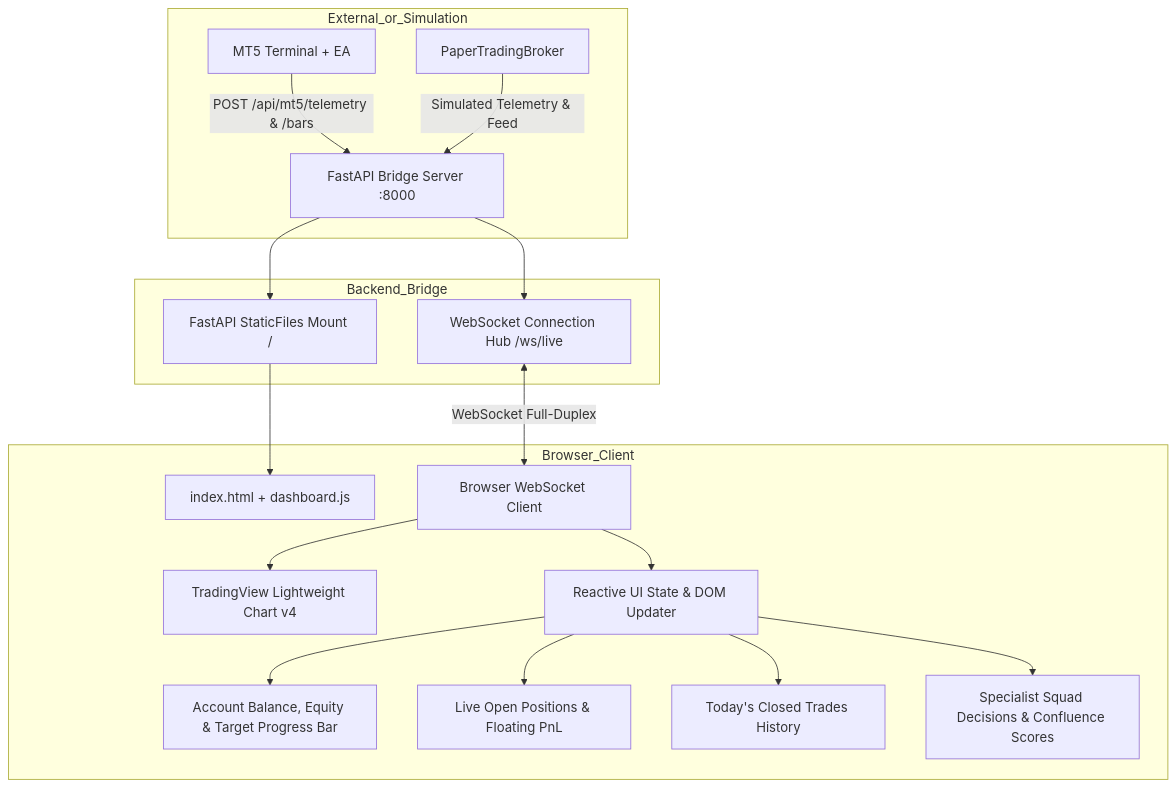
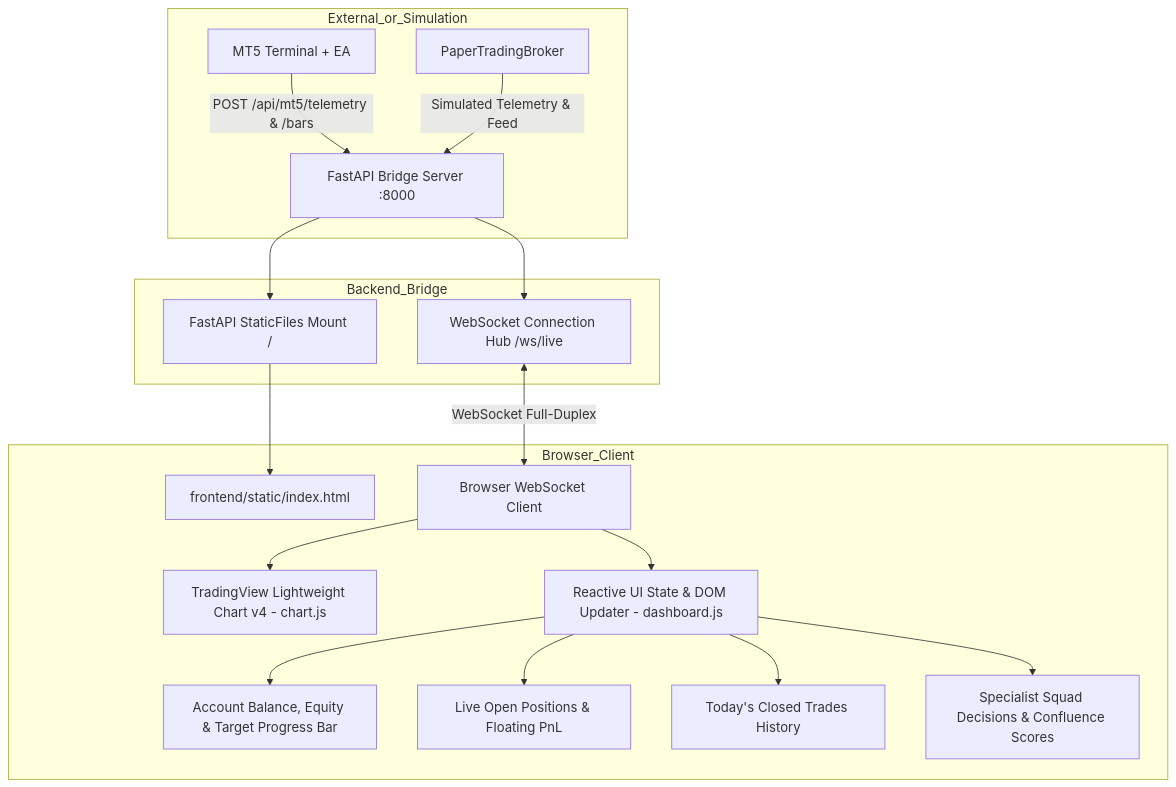
Before and after one commit to open-uppu/daytrading: the diagram in docs/superpowers/specs/2026-09-23-realtime-frontend-dashboard-design.md, drawn with Mermaid. The commit also changed other lines of this file, not shown here.

Commit message:
docs: specify isolated frontend/ directory structure in design spec

````diff
--- a/docs/superpowers/specs/2026-09-23-realtime-frontend-dashboard-design.md
+++ b/docs/superpowers/specs/2026-09-23-realtime-frontend-dashboard-design.md
@@ -19,23 +19,23 @@
 ```mermaid
 flowchart TD
     subgraph External_or_Simulation
         MT5[MT5 Terminal + EA] -->|POST /api/mt5/telemetry & /bars| Bridge[FastAPI Bridge Server :8000]
         Paper[PaperTradingBroker] -->|Simulated Telemetry & Feed| Bridge
     end
 
     subgraph Backend_Bridge
         Bridge --> WSManager[WebSocket Connection Hub /ws/live]
         Bridge --> StaticMount[FastAPI StaticFiles Mount /]
     end
 
     subgraph Browser_Client
-        StaticMount --> WebPage[index.html + dashboard.js]
+        StaticMount --> WebPage[frontend/static/index.html]
         WSManager <-->|WebSocket Full-Duplex| ClientWS[Browser WebSocket Client]
-        ClientWS --> ChartModule[TradingView Lightweight Chart v4]
-        ClientWS --> UIStore[Reactive UI State & DOM Updater]
+        ClientWS --> ChartModule[TradingView Lightweight Chart v4 - chart.js]
+        ClientWS --> UIStore[Reactive UI State & DOM Updater - dashboard.js]
         UIStore --> TopBar[Account Balance, Equity & Target Progress Bar]
         UIStore --> PositionsTable[Live Open Positions & Floating PnL]
         UIStore --> HistoryFeed[Today's Closed Trades History]
         UIStore --> AgentPanel[Specialist Squad Decisions & Confluence Scores]
     end
 ```
````
